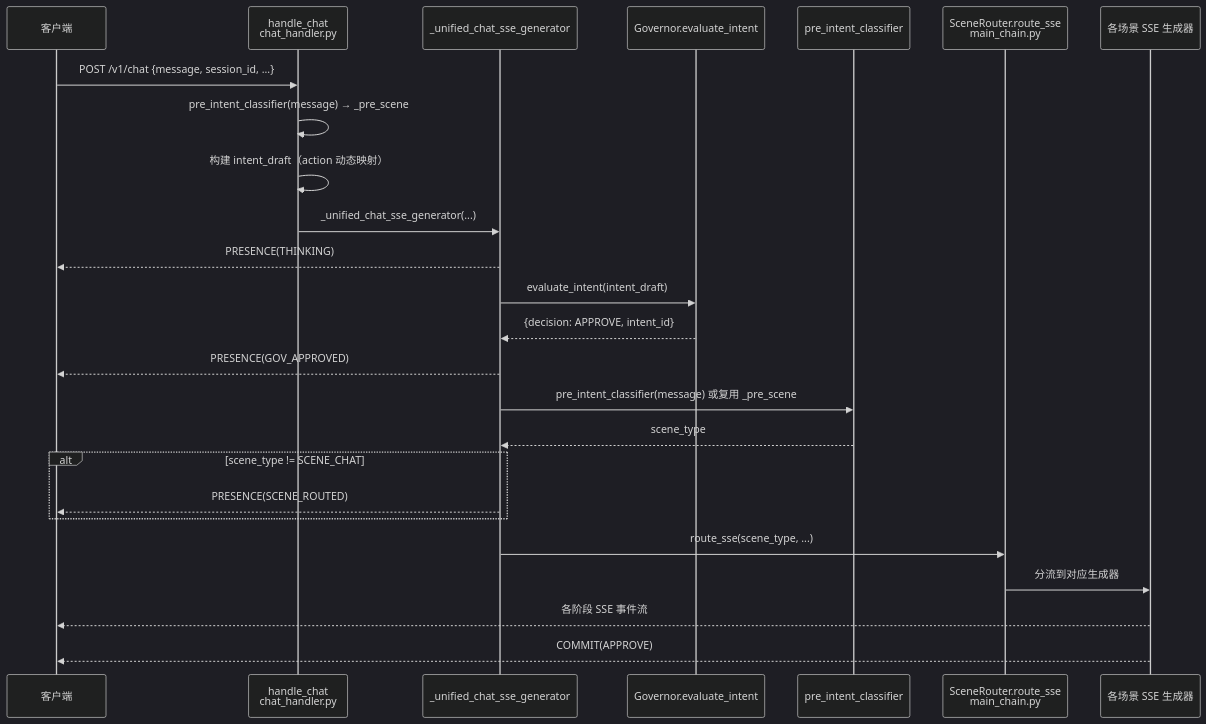
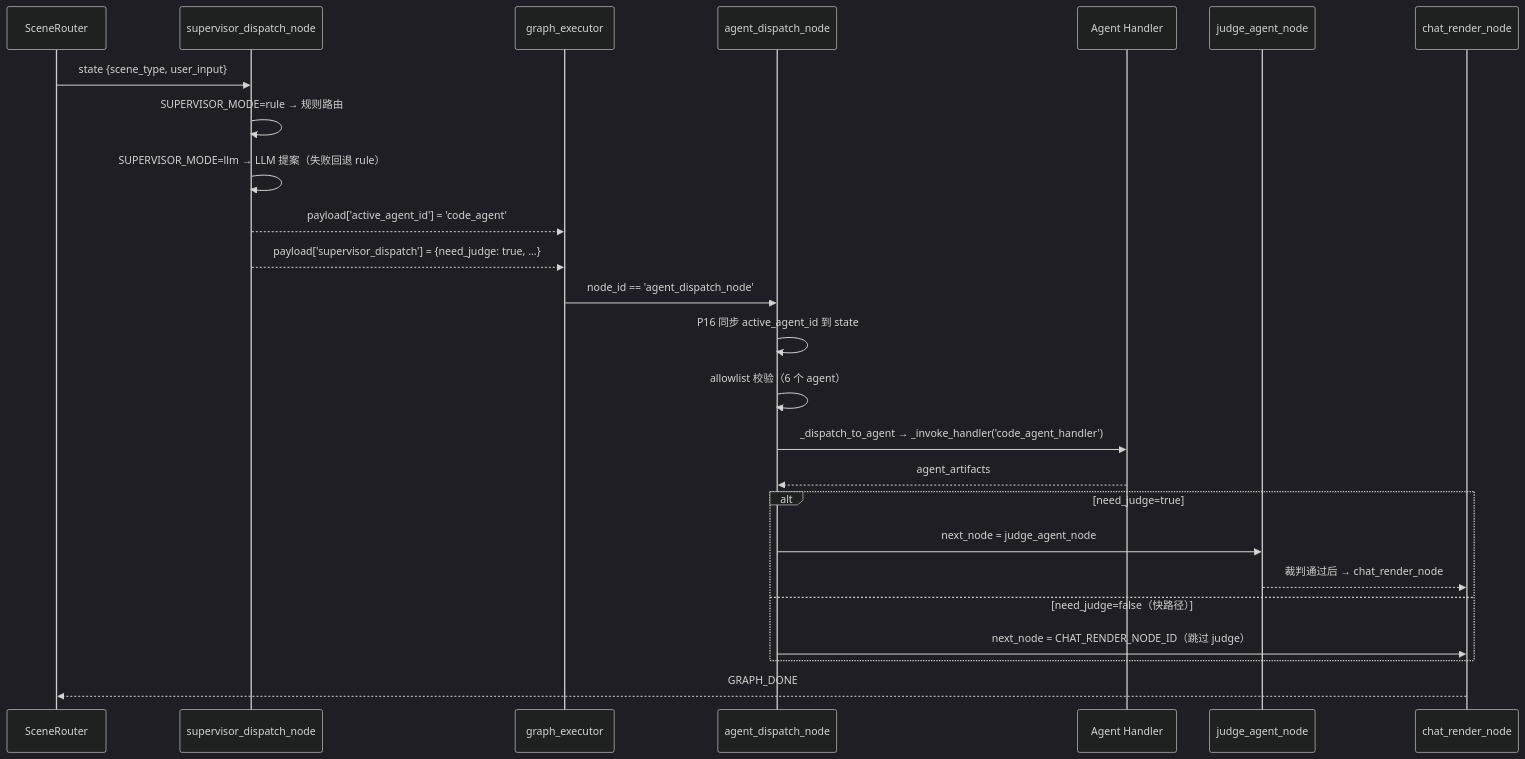
Diagram 22 of 22 in docs/50_project/dataflow_report_20260311.md (SakuraYoruno/Natsume_Ai), drawn with Mermaid (dark theme) before and after one commit. The commit also changed other lines of this file, not shown here.

First line of the commit message:
dataflow_report: 更新数据流图，删除历史修复记录冗余内容

````diff
--- a/docs/50_project/dataflow_report_20260311.md
+++ b/docs/50_project/dataflow_report_20260311.md
@@ -1072,28 +839,31 @@
 ```mermaid
 sequenceDiagram
-    participant C as 客户端
-    participant H as handle_chat<br/>chat_handler.py
-    participant U as _unified_chat_sse_generator
-    participant G as Governor.evaluate_intent
-    participant P as pre_intent_classifier
-    participant SR as SceneRouter.route_sse<br/>main_chain.py
-    participant SSE as 各场景 SSE 生成器
+    participant SR as SceneRouter
+    participant SD as supervisor_dispatch_node
+    participant GE as graph_executor
+    participant AD as agent_dispatch_node
+    participant AG as Agent Handler
+    participant JD as judge_agent_node
+    participant CR as chat_render_node
 
-    C->>H: POST /v1/chat {message, session_id, ...}
-    H->>H: pre_intent_classifier(message) → _pre_scene
-    H->>H: 构建 intent_draft（action 动态映射）
-    H->>U: _unified_chat_sse_generator(...)
-    U-->>C: PRESENCE(THINKING)
-    U->>G: evaluate_intent(intent_draft)
-    G-->>U: {decision: APPROVE, intent_id}
-    U-->>C: PRESENCE(GOV_APPROVED)
-    U->>P: pre_intent_classifier(message) 或复用 _pre_scene
-    P-->>U: scene_type
-    alt scene_type != SCENE_CHAT
-        U-->>C: PRESENCE(SCENE_ROUTED)
+    SR->>SD: state {scene_type, user_input}
+    SD->>SD: SUPERVISOR_MODE=rule → 规则路由
+    SD->>SD: SUPERVISOR_MODE=llm → LLM 提案（失败回退 rule）
+    SD-->>GE: payload['active_agent_id'] = 'code_agent'
+    SD-->>GE: payload['supervisor_dispatch'] = {need_judge: true, ...}
+
+    GE->>AD: node_id == 'agent_dispatch_node'
+    AD->>AD: P16 同步 active_agent_id 到 state
+    AD->>AD: allowlist 校验（6 个 agent）
+    AD->>AG: _dispatch_to_agent → _invoke_handler('code_agent_handler')
+    AG-->>AD: agent_artifacts
+
+    alt need_judge=true
+        AD->>JD: next_node = judge_agent_node
+        JD-->>CR: 裁判通过后 → chat_render_node
+    else need_judge=false（快路径）
+        AD->>CR: next_node = CHAT_RENDER_NODE_ID（跳过 judge）
     end
-    U->>SR: route_sse(scene_type, ...)
-    SR->>SSE: 分流到对应生成器
-    SSE-->>C: 各阶段 SSE 事件流
-    SSE-->>C: COMMIT(APPROVE)
+
+    CR-->>SR: GRAPH_DONE
 ```
````
